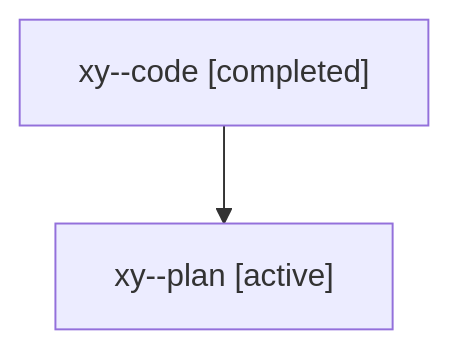
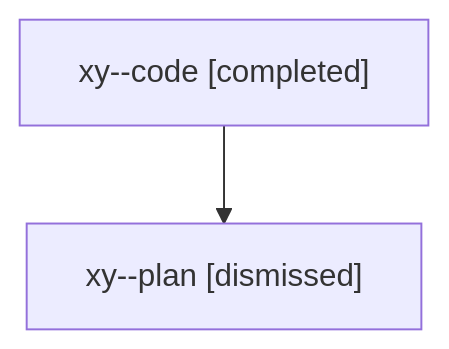
One commit to sase-org/sase--agents changed the diagram in sessions/bbugyi200.athena.xy.md. Above: the diagram before and after it, drawn with Mermaid. The commit also changed other lines of this file and 30 other files, not shown here.

````diff
--- a/sessions/bbugyi200.athena.xy.md
+++ b/sessions/bbugyi200.athena.xy.md
@@ -9,6 +9,6 @@
 ```mermaid
 flowchart TD
   n0["xy--code [completed]"]
-  n1["xy--plan [active]"]
+  n1["xy--plan [dismissed]"]
   n0 --> n1
 ```
````
